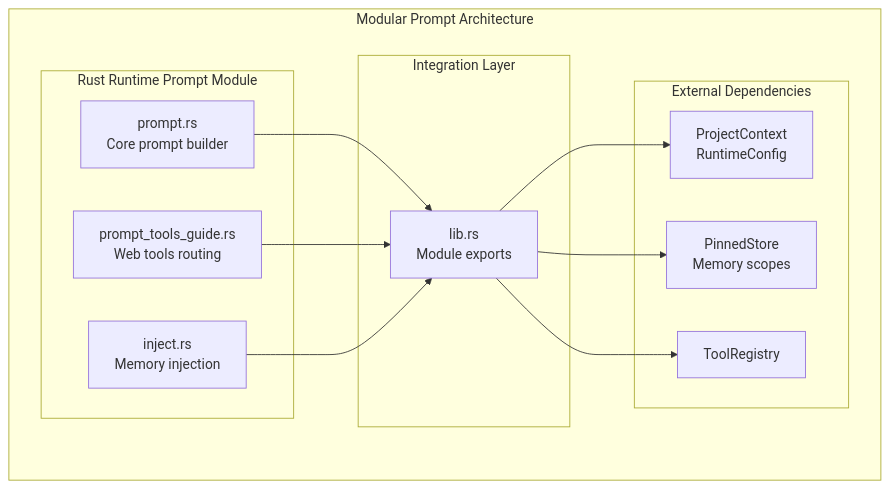
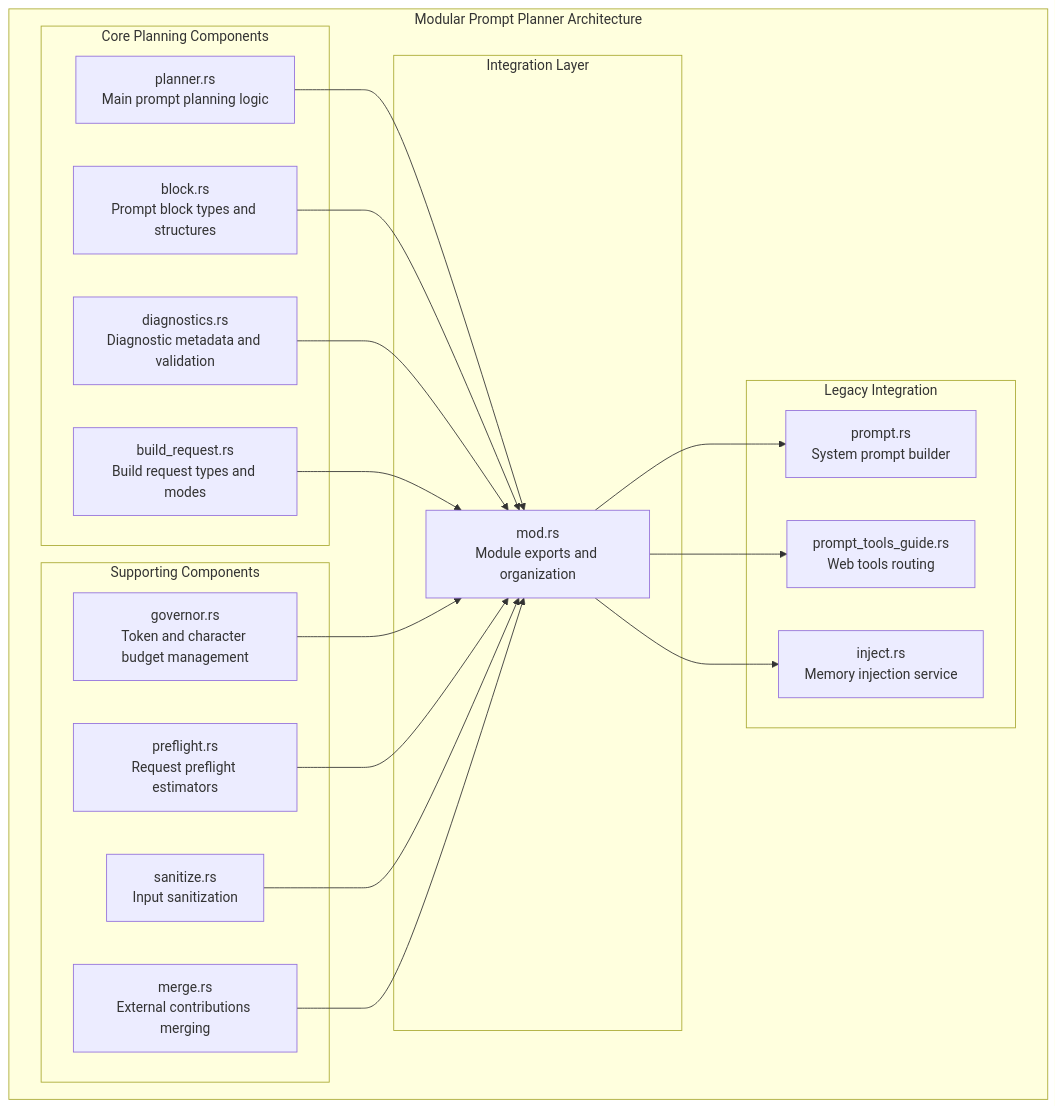
Before and after one commit to novolei/if2Ai: the first of 6 diagrams in .qoder/repowiki/en/content/Backend System (Rust)/Module Architecture & Design/Application Layer/Prompt Planner.md, drawn with Mermaid. The commit also changed other lines of this file and 124 other files, not shown here.

````diff
--- a/.qoder/repowiki/en/content/Backend System (Rust)/Module Architecture & Design/Application Layer/Prompt Planner.md
+++ b/.qoder/repowiki/en/content/Backend System (Rust)/Module Architecture & Design/Application Layer/Prompt Planner.md
@@ -51,24 +59,36 @@
 ```mermaid
 graph TB
-subgraph "Modular Prompt Architecture"
-subgraph "Rust Runtime Prompt Module"
-P1["prompt.rs<br/>Core prompt builder"]
-P2["prompt_tools_guide.rs<br/>Web tools routing"]
-P3["inject.rs<br/>Memory injection"]
+subgraph "Modular Prompt Planner Architecture"
+subgraph "Core Planning Components"
+P1["planner.rs<br/>Main prompt planning logic"]
+B1["block.rs<br/>Prompt block types and structures"]
+D1["diagnostics.rs<br/>Diagnostic metadata and validation"]
+BR1["build_request.rs<br/>Build request types and modes"]
+end
+subgraph "Supporting Components"
+G1["governor.rs<br/>Token and character budget management"]
+PF1["preflight.rs<br/>Request preflight estimators"]
+S1["sanitize.rs<br/>Input sanitization"]
+M1["merge.rs<br/>External contributions merging"]
 end
 subgraph "Integration Layer"
-L1["lib.rs<br/>Module exports"]
+MOD["mod.rs<br/>Module exports and organization"]
 end
-subgraph "External Dependencies"
-D1["ProjectContext<br/>RuntimeConfig"]
-D2["PinnedStore<br/>Memory scopes"]
-D3["ToolRegistry"]
+subgraph "Legacy Integration"
+L1["prompt.rs<br/>System prompt builder"]
+L2["prompt_tools_guide.rs<br/>Web tools routing"]
+L3["inject.rs<br/>Memory injection service"]
 end
 end
-P1 --> L1
-P2 --> L1
-P3 --> L1
-L1 --> D1
-L1 --> D2
-L1 --> D3
+P1 --> MOD
+B1 --> MOD
+D1 --> MOD
+BR1 --> MOD
+G1 --> MOD
+PF1 --> MOD
+S1 --> MOD
+M1 --> MOD
+MOD --> L1
+MOD --> L2
+MOD --> L3
 ```
````
